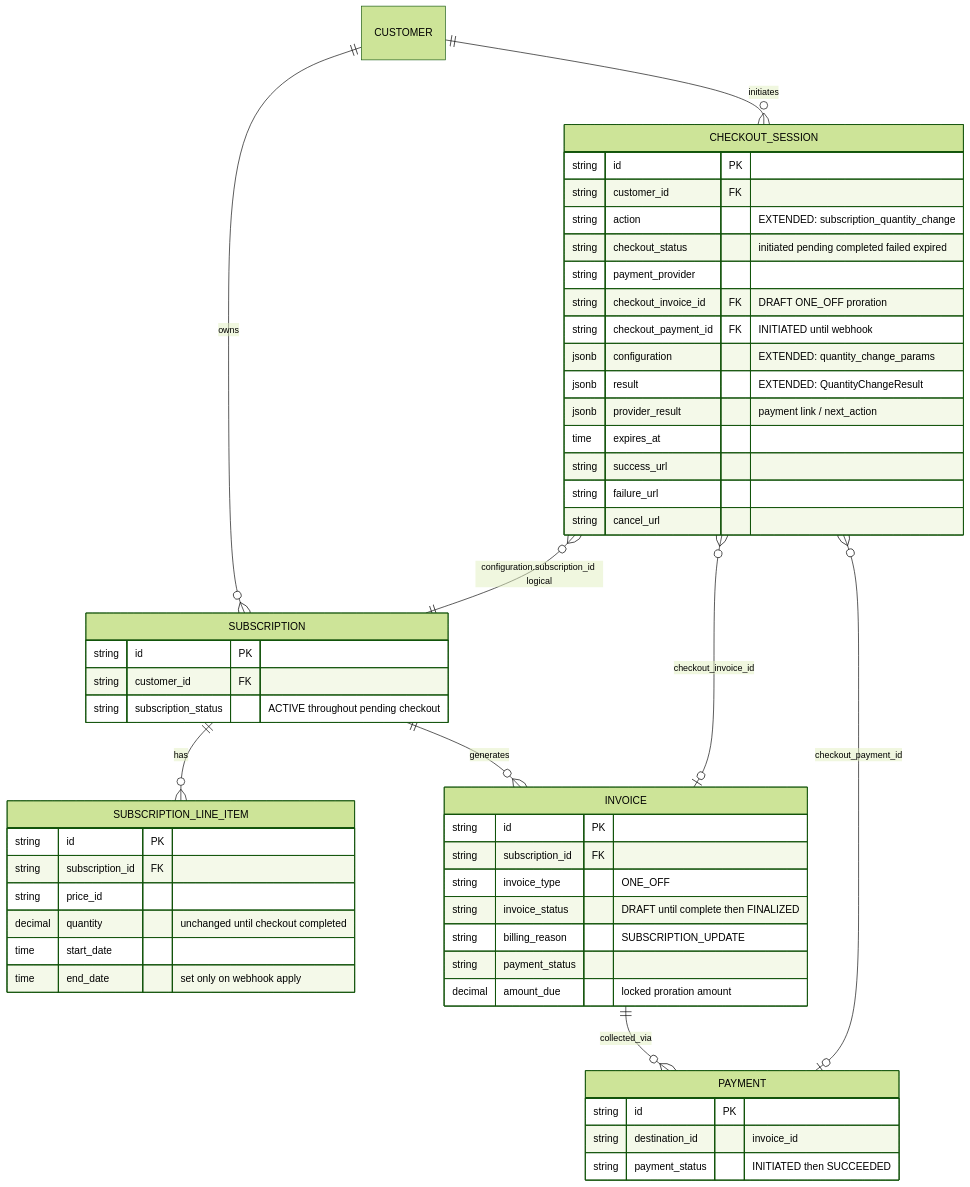
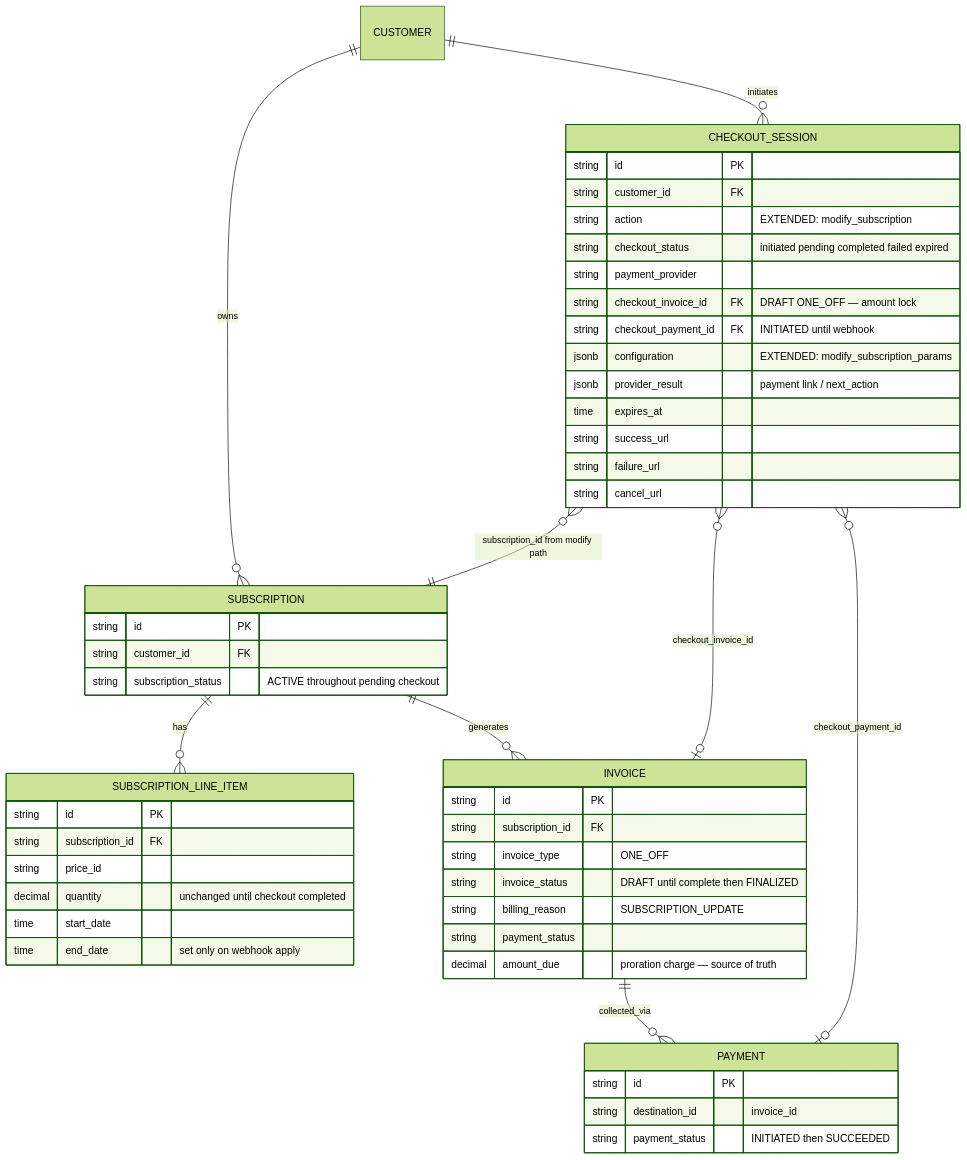
One commit to flexprice/flexprice changed the diagram in docs/design/2026-07-17-payment-gated-quantity-change.md. Above: the diagram before and after it, drawn with Mermaid (forest theme). The commit also changed other lines of this file and 4 other files, not shown here.

Commit message:
ERD changes and io changes for execute api

````diff
--- a/docs/design/2026-07-17-payment-gated-quantity-change.md
+++ b/docs/design/2026-07-17-payment-gated-quantity-change.md
@@ -81,59 +121,58 @@
 ```mermaid
 erDiagram
     CUSTOMER ||--o{ SUBSCRIPTION : "owns"
     CUSTOMER ||--o{ CHECKOUT_SESSION : "initiates"
     SUBSCRIPTION ||--o{ SUBSCRIPTION_LINE_ITEM : "has"
     SUBSCRIPTION ||--o{ INVOICE : "generates"
     INVOICE ||--o{ PAYMENT : "collected_via"
     CHECKOUT_SESSION }o--o| INVOICE : "checkout_invoice_id"
     CHECKOUT_SESSION }o--o| PAYMENT : "checkout_payment_id"
-    CHECKOUT_SESSION }o--|| SUBSCRIPTION : "configuration.subscription_id logical"
+    CHECKOUT_SESSION }o--|| SUBSCRIPTION : "subscription_id from modify path"
 
     CHECKOUT_SESSION {
         string id PK
         string customer_id FK
-        string action "EXTENDED: subscription_quantity_change"
+        string action "EXTENDED: modify_subscription"
         string checkout_status "initiated pending completed failed expired"
         string payment_provider
-        string checkout_invoice_id FK "DRAFT ONE_OFF proration"
+        string checkout_invoice_id FK "DRAFT ONE_OFF — amount lock"
         string checkout_payment_id FK "INITIATED until webhook"
-        jsonb configuration "EXTENDED: quantity_change_params"
-        jsonb result "EXTENDED: QuantityChangeResult"
+        jsonb configuration "EXTENDED: modify_subscription_params"
         jsonb provider_result "payment link / next_action"
         time expires_at
         string success_url
         string failure_url
         string cancel_url
     }
 
     SUBSCRIPTION {
         string id PK
         string customer_id FK
         string subscription_status "ACTIVE throughout pending checkout"
     }
 
     SUBSCRIPTION_LINE_ITEM {
         string id PK
         string subscription_id FK
         string price_id
         decimal quantity "unchanged until checkout completed"
         time start_date
         time end_date "set only on webhook apply"
     }
 
     INVOICE {
         string id PK
         string subscription_id FK
         string invoice_type "ONE_OFF"
         string invoice_status "DRAFT until complete then FINALIZED"
         string billing_reason "SUBSCRIPTION_UPDATE"
         string payment_status
-        decimal amount_due "locked proration amount"
+        decimal amount_due "proration charge — source of truth"
     }
 
     PAYMENT {
         string id PK
         string destination_id "invoice_id"
         string payment_status "INITIATED then SUCCEEDED"
     }
 ```
````
